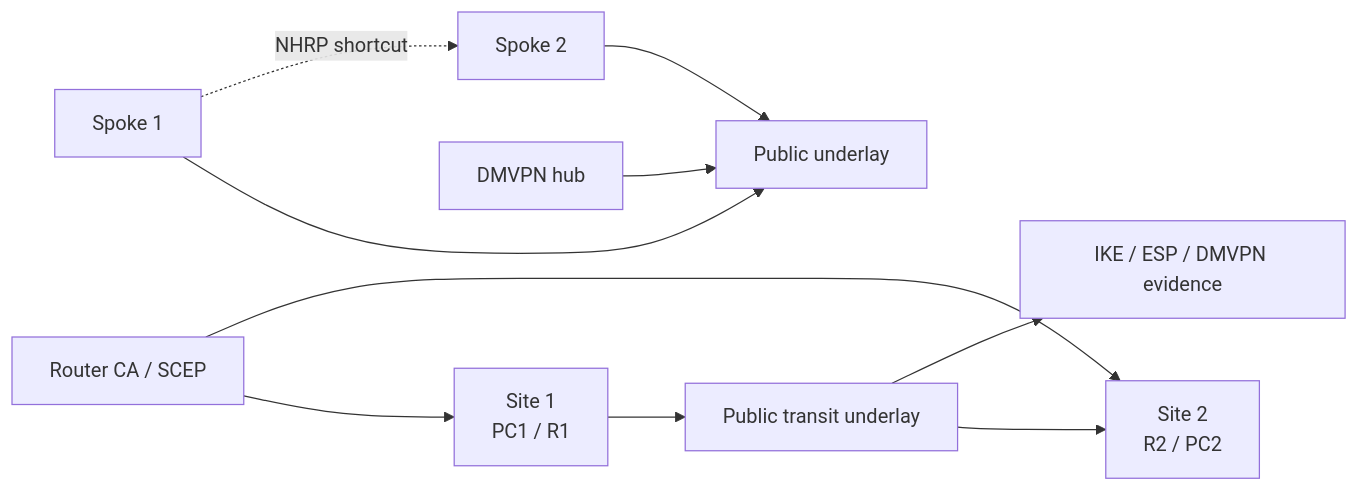
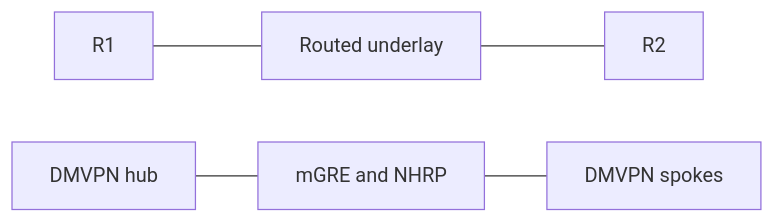
One commit to jorgeflmendes/ipsec-dmvpn-security-lab changed the diagram in README.md. Above: the diagram before and after it, drawn with Mermaid. The commit also changed other lines of this file and 12 other files, not shown here.

````diff
--- a/README.md
+++ b/README.md
@@ -31,11 +18,5 @@
 ```mermaid
 flowchart LR
-SITE1["Site 1\nPC1 / R1"] --> PUBLIC["Public transit underlay"] --> SITE2["Site 2\nR2 / PC2"]
-CA["Router CA / SCEP"] --> SITE1
-CA --> SITE2
-HUB["DMVPN hub"] --> UNDERLAY["Public underlay"]
-SPOKE2["Spoke 1"] --> UNDERLAY
-SPOKE3["Spoke 2"] --> UNDERLAY
-SPOKE2 -. NHRP shortcut .-> SPOKE3
-PUBLIC --> EVIDENCE["IKE / ESP / DMVPN evidence"]
+R1["R1"] --- UNDERLAY["Routed underlay"] --- R2["R2"]
+HUB["DMVPN hub"] --- WAN["mGRE and NHRP"] --- SPOKES["DMVPN spokes"]
 ```
````
